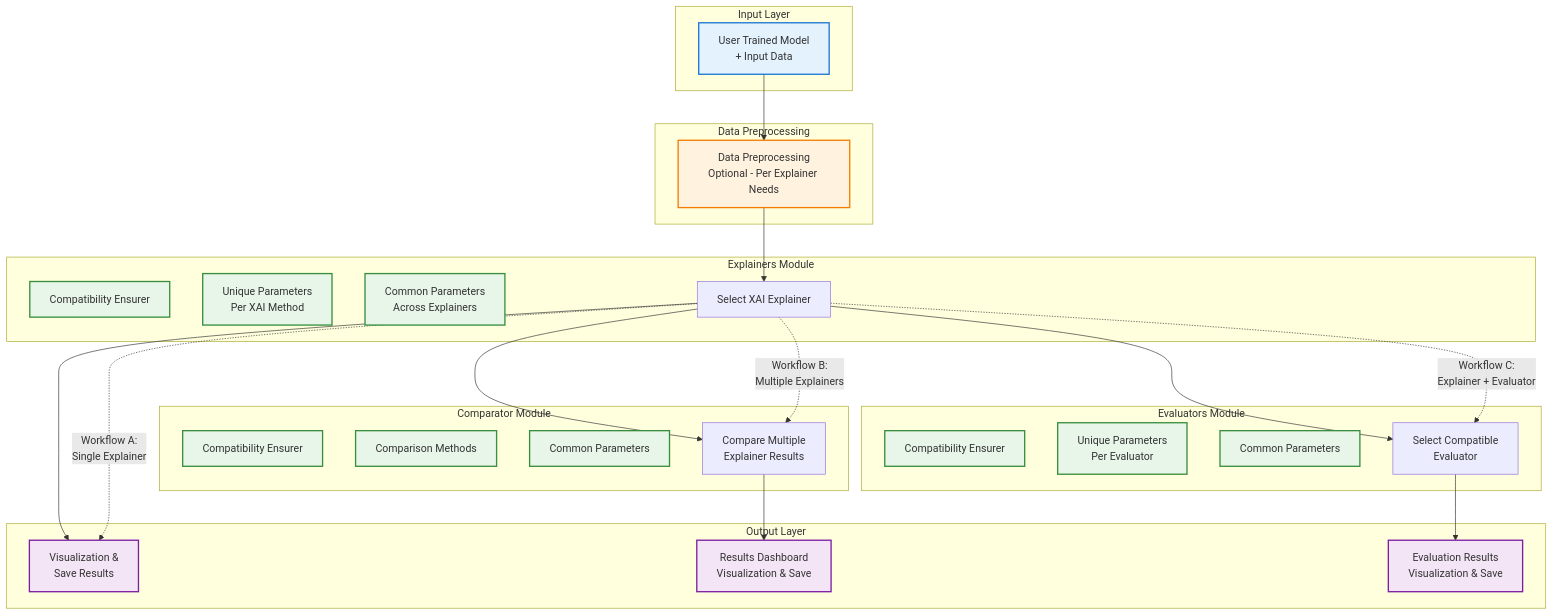
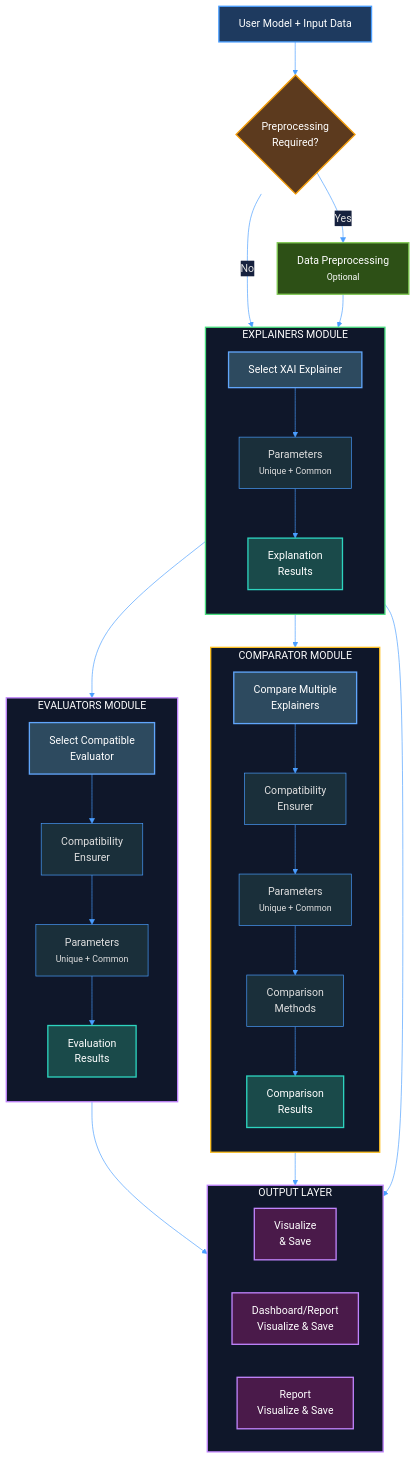
One commit to Harishankar-HDK/E.X.A.C.T-by-GHAN-Hari-s-fork changed the diagram in README.md. Above: the diagram before and after it, drawn with Mermaid.

Commit message:
README updated with proper system arcitecture diagram.

````diff
--- a/README.md
+++ b/README.md
@@ -76,66 +76,103 @@
 ```mermaid
+%%{init: {'theme': 'base', 'themeVariables': { 
+    'primaryColor': '#1e3a5f',
+    'primaryTextColor': '#e0e0e0',
+    'primaryBorderColor': '#4a9eff',
+    'lineColor': '#4a9eff',
+    'secondaryColor': '#2d4a2d',
+    'tertiaryColor': '#3d3d3d',
+    'fontFamily': 'Segoe UI, Arial, sans-serif',
+    'nodeBorder': '#4a9eff',
+    'clusterBkg': '#1a1a2e',
+    'clusterBorder': '#4a9eff',
+    'titleColor': '#ffffff',
+    'edgeLabelBackground': '#16213e'
+}}}%%
+
 flowchart TB
-    subgraph Input["Input Layer"]
-        A[User Trained Model<br/>+ Input Data]
+    %% Input
+    A["User Model + Input Data"]:::inputClass
+    
+    %% Decision Block
+    B{"Preprocessing<br/>Required?"}:::decisionClass
+    
+    %% Preprocessing
+    C["Data Preprocessing<br/><small>Optional</small>"]:::processClass
+    
+    %% Explainers
+    subgraph EXPLAINERS["EXPLAINERS MODULE"]
+        direction TB
+        E_SEL["Select XAI Explainer"]:::selectClass
+        E_PARAMS["Parameters<br/><small>Unique + Common</small>"]:::subClass
+        E_RES["Explanation<br/>Results"]:::resultClass
     end
-
-    subgraph Preprocessing["Data Preprocessing"]
-        B[Data Preprocessing<br/>Optional - Per Explainer Needs]
+    
+    %% Comparator
+    subgraph COMPARATOR["COMPARATOR MODULE"]
+        direction TB
+        C_SEL["Compare Multiple<br/>Explainers"]:::selectClass
+        C_COMPAT["Compatibility<br/>Ensurer"]:::subClass
+        C_PARAMS["Parameters<br/><small>Unique + Common</small>"]:::subClass
+        C_METHODS["Comparison<br/>Methods"]:::subClass
+        C_RES["Comparison<br/>Results"]:::resultClass
     end
-
-    subgraph Explainers["Explainers Module"]
-        C1[Compatibility Ensurer]
-        C2[Unique Parameters<br/>Per XAI Method]
-        C3[Common Parameters<br/>Across Explainers]
-        C[Select XAI Explainer]
+    
+    %% Evaluators
+    subgraph EVALUATORS["EVALUATORS MODULE"]
+        direction TB
+        V_SEL["Select Compatible<br/>Evaluator"]:::selectClass
+        V_COMPAT["Compatibility<br/>Ensurer"]:::subClass
+        V_PARAMS["Parameters<br/><small>Unique + Common</small>"]:::subClass
+        V_RES["Evaluation<br/>Results"]:::resultClass
     end
-
-    subgraph Comparator["Comparator Module"]
-        D1[Compatibility Ensurer]
-        D2[Comparison Methods]
-        D3[Common Parameters]
-        D[Compare Multiple<br/>Explainer Results]
+    
+    %% Output
+    subgraph OUTPUT["OUTPUT LAYER"]
+        direction LR
+        OUT1["Visualize<br/>& Save"]:::outputClass
+        OUT2["Dashboard/Report<br/>Visualize & Save"]:::outputClass
+        OUT3["Report<br/>Visualize & Save"]:::outputClass
     end
-
-    subgraph Evaluators["Evaluators Module"]
-        E1[Compatibility Ensurer]
-        E2[Unique Parameters<br/>Per Evaluator]
-        E3[Common Parameters]
-        E[Select Compatible<br/>Evaluator]
-    end
-
-    subgraph Output["Output Layer"]
-        F1[Visualization &<br/>Save Results]
-        F2[Results Dashboard<br/>Visualization & Save]
-        F3[Evaluation Results<br/>Visualization & Save]
-    end
-
-    %% Main Flow
+    
+    %% Flows
     A --> B
-    B --> C
-
-    %% Workflow A: Single Explainer Path
-    C --> F1
-    C -.->|Workflow A:<br/>Single Explainer| F1
-
-    %% Workflow B: Multiple Explainers + Comparator Path
-    C --> D
-    D --> F2
-    C -.->|Workflow B:<br/>Multiple Explainers| D
-
-    %% Workflow C: Explainer + Evaluator Path
-    C --> E
-    E --> F3
-    C -.->|Workflow C:<br/>Explainer + Evaluator| E
-
+    B -->|Yes| C
+    B -->|No| E_SEL
+    C --> E_SEL
+    
+    %% Explainers Module Flow
+    E_SEL --> E_PARAMS
+    E_PARAMS --> E_RES
+    
+    %% Workflow A: Single Explainer
+    E_RES --> OUT1
+    
+    %% Workflow B: Multiple Explainers + Comparator
+    E_RES --> C_SEL
+    C_SEL --> C_COMPAT
+    C_COMPAT --> C_PARAMS
+    C_PARAMS --> C_METHODS
+    C_METHODS --> C_RES
+    C_RES --> OUT2
+    
+    %% Workflow C: Explainer + Evaluator
+    E_RES --> V_SEL
+    V_SEL --> V_COMPAT
+    V_COMPAT --> V_PARAMS
+    V_PARAMS --> V_RES
+    V_RES --> OUT3
+    
     %% Styling
-    classDef input fill:#e3f2fd,stroke:#1976d2,stroke-width:2px
-    classDef process fill:#fff3e0,stroke:#f57c00,stroke-width:2px
-    classDef module fill:#e8f5e9,stroke:#388e3c,stroke-width:2px
-    classDef output fill:#f3e5f5,stroke:#7b1fa2,stroke-width:2px
-
-    class A input
-    class B process
-    class C1,C2,C3,D1,D2,D3,E1,E2,E3 module
-    class F1,F2,F3 output
+    classDef inputClass fill:#1e3a5f,stroke:#4a9eff,stroke-width:2px,color:#ffffff
+    classDef decisionClass fill:#5c3a1e,stroke:#f59e0b,stroke-width:2px,color:#ffffff
+    classDef processClass fill:#2d5016,stroke:#7ec850,stroke-width:2px,color:#ffffff
+    classDef selectClass fill:#2d4a5f,stroke:#60a5fa,stroke-width:2px,color:#ffffff
+    classDef subClass fill:#1a2f3a,stroke:#4a9eff,stroke-width:1px,color:#e0e0e0
+    classDef resultClass fill:#1a4a4a,stroke:#2dd4bf,stroke-width:2px,color:#ffffff
+    classDef outputClass fill:#4a1a4a,stroke:#c084fc,stroke-width:2px,color:#ffffff
+    
+    style EXPLAINERS fill:#0f172a,stroke:#4ade80,stroke-width:2px
+    style COMPARATOR fill:#0f172a,stroke:#fbbf24,stroke-width:2px
+    style EVALUATORS fill:#0f172a,stroke:#c084fc,stroke-width:2px
+    style OUTPUT fill:#0f172a,stroke:#c084fc,stroke-width:2px
 ```
````
